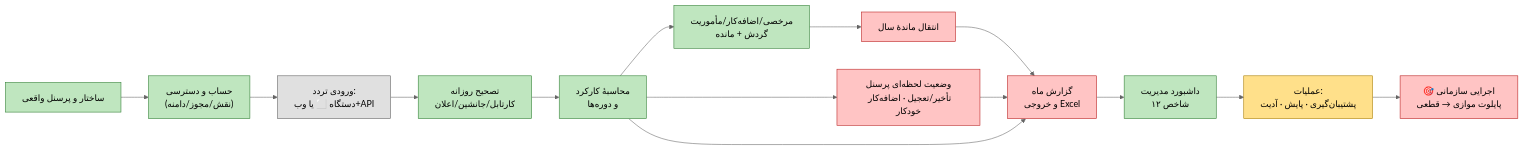
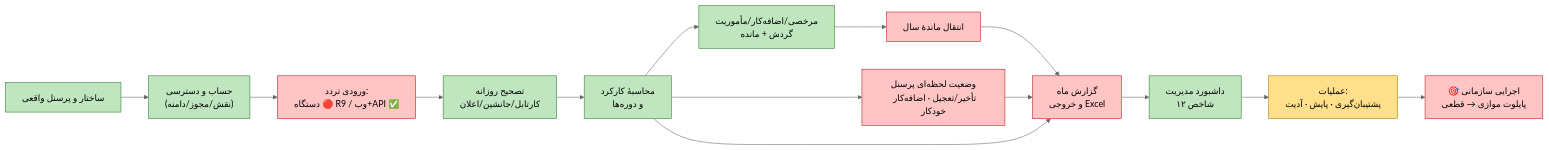
Before and after one commit to alirezarahimy-code/IO: the second of 4 diagrams in ReCode/docs/full-audit/80-go-live-destination.md, drawn with Mermaid (neutral theme). The commit also changed other lines of this file and 6 other files, not shown here.

Commit message:
Update go-live chart with approved devices, rewards and optional location scope

````diff
--- a/ReCode/docs/full-audit/80-go-live-destination.md
+++ b/ReCode/docs/full-audit/80-go-live-destination.md
@@ -51,21 +56,21 @@
 ```mermaid
 flowchart LR
     classDef done fill:#bfe6bf,stroke:#2e7d32,color:#000
     classDef todo fill:#ffc4c4,stroke:#b71c1c,color:#000
     classDef dec fill:#e0e0e0,stroke:#616161,color:#000
     classDef dep fill:#ffe08a,stroke:#a67c00,color:#000
 
     ORG["ساختار و پرسنل واقعی"]:::done --> ACC["حساب و دسترسی\n(نقش/مجوز/دامنه)"]:::done
-    ACC --> IN["ورودی تردد:\nدستگاه ⬜ یا وب+API"]:::dec
+    ACC --> IN["ورودی تردد:\nدستگاه 🔴 R9 / وب+API ✅"]:::todo
     IN --> FIX["تصحیح روزانه\nکارتابل/جانشین/اعلان"]:::done
     FIX --> CALC["محاسبهٔ کارکرد\nو دوره‌ها"]:::done
     CALC --> LV["مرخصی/اضافه‌کار/مأموریت\nگردش + مانده"]:::done
     LV --> TRN["انتقال ماندهٔ سال"]:::todo
     CALC --> ST["وضعیت لحظه‌ای پرسنل\nتأخیر/تعجیل · اضافه‌کار خودکار"]:::todo
     TRN --> REP["گزارش ماه\nو خروجی Excel"]:::todo
     ST --> REP
     CALC --> REP
     REP --> DASH["داشبورد مدیریت\n۱۲ شاخص"]:::done
     DASH --> OPS["عملیات:\nپشتیبان‌گیری · پایش · آدیت"]:::dep
     OPS --> GO["🎯 اجرایی سازمانی\nپایلوت موازی → قطعی"]:::todo
 ```
````
